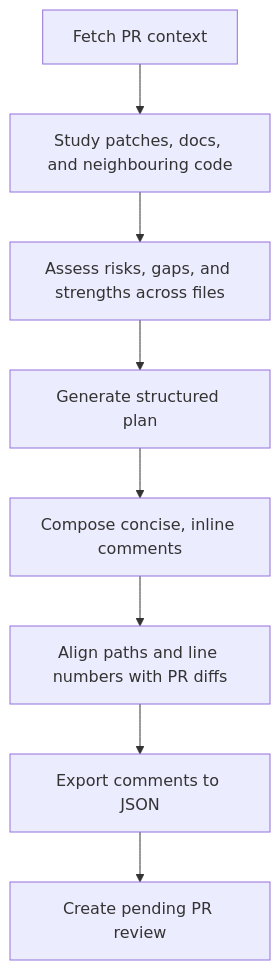
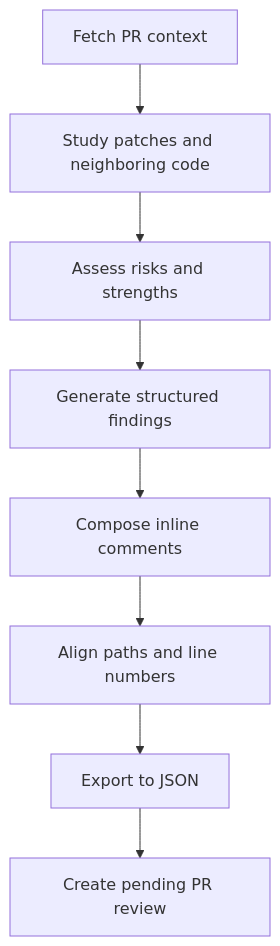
One commit to mkaczkowski/ai-command-library changed the second of 3 diagrams in README.md. Above: the diagram before and after it, drawn with Mermaid. The commit also changed other lines of this file, not shown here.

````diff
--- a/README.md
+++ b/README.md
@@ -343,11 +233,11 @@
 ```mermaid
 flowchart TD
     Context[Fetch PR context]
-    Context --> Inspect[Study patches, docs, and neighbouring code]
-    Inspect --> Analyze[Assess risks, gaps, and strengths across files]
-    Analyze --> Output[Generate structured plan]
-    Output --> Craft[Compose concise, inline comments]
-    Craft --> Map[Align paths and line numbers with PR diffs]
-    Map --> Export[Export comments to JSON]
+    Context --> Inspect[Study patches and neighboring code]
+    Inspect --> Analyze[Assess risks and strengths]
+    Analyze --> Output[Generate structured findings]
+    Output --> Craft[Compose inline comments]
+    Craft --> Map[Align paths and line numbers]
+    Map --> Export[Export to JSON]
     Export --> RunScript[Create pending PR review]
 ```
````
